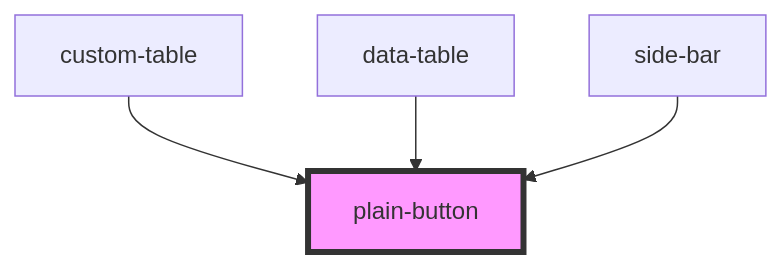
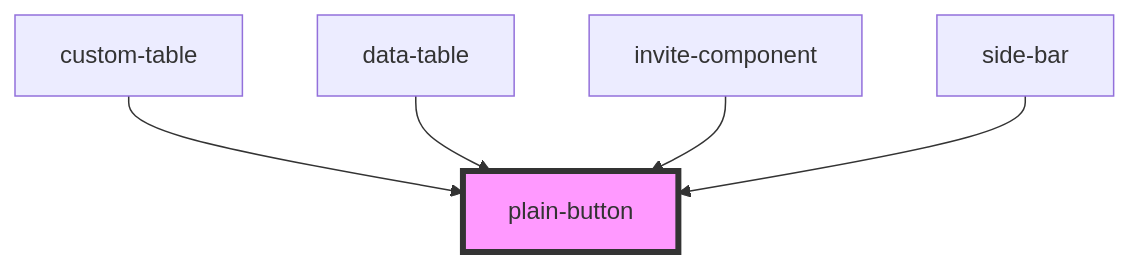
One commit to techvariable/NeptuneConnectComponents changed the diagram in src/components/plain-button/readme.md. Above: the diagram before and after it, drawn with Mermaid. The commit also changed other lines of this file and 5 other files, not shown here.

````diff
--- a/src/components/plain-button/readme.md
+++ b/src/components/plain-button/readme.md
@@ -30,7 +31,8 @@
 ```mermaid
 graph TD;
   custom-table --> plain-button
   data-table --> plain-button
+  invite-component --> plain-button
   side-bar --> plain-button
   style plain-button fill:#f9f,stroke:#333,stroke-width:4px
 ```
````
